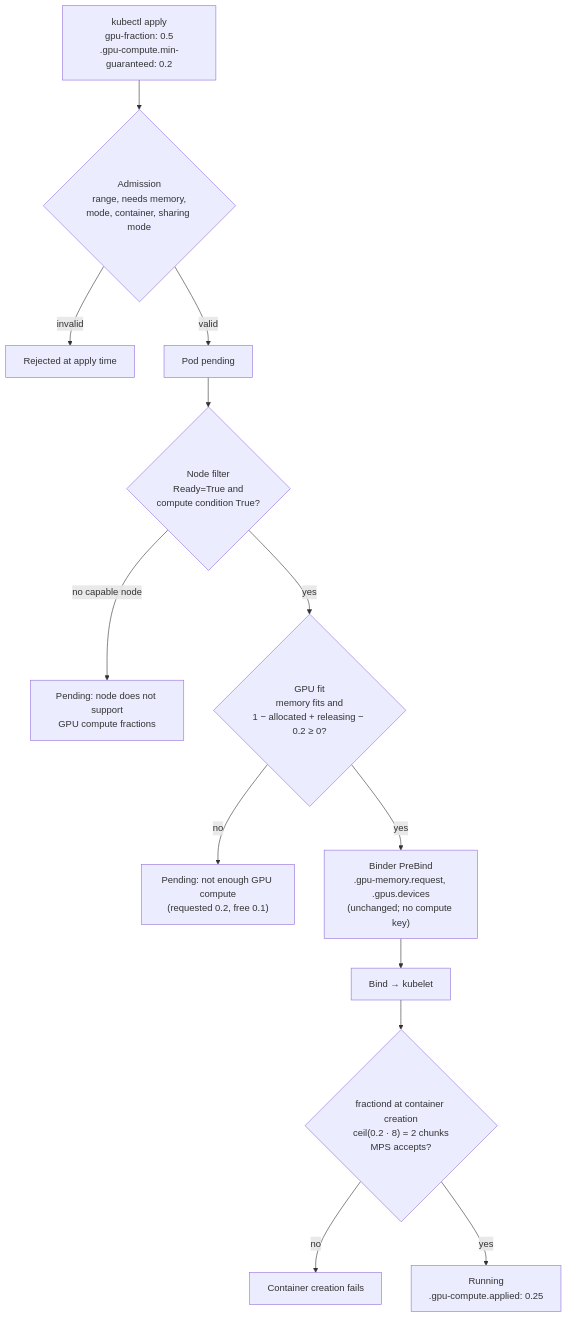
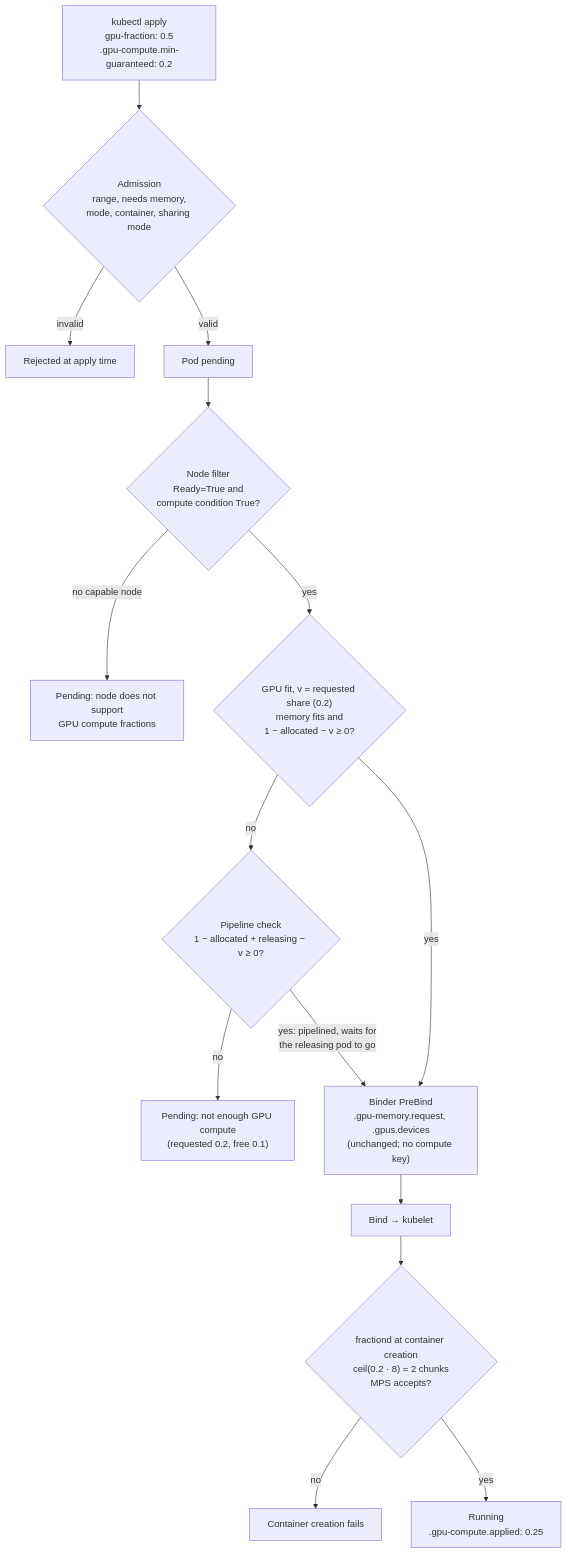
Before and after one commit to kai-scheduler/KAI-Scheduler: the second of 2 diagrams in docs/developer/designs/gpu-compute-fractions/README.md, drawn with Mermaid. The commit also changed other lines of this file, not shown here.

First line of the commit message:
docs(compute-fractions): address review comments from DavidLif

````diff
--- a/docs/developer/designs/gpu-compute-fractions/README.md
+++ b/docs/developer/designs/gpu-compute-fractions/README.md
@@ -313,15 +315,17 @@
 ```mermaid
 flowchart TD
   U["kubectl apply<br/>gpu-fraction: 0.5<br/>.gpu-compute.min-guaranteed: 0.2"] --> A{"Admission<br/>range, needs memory,<br/>mode, container, sharing mode"}
   A -- invalid --> X["Rejected at apply time"]
   A -- valid --> P["Pod pending"]
   P --> F{"Node filter<br/>Ready=True and<br/>compute condition True?"}
   F -- "no capable node" --> W1["Pending: node does not support<br/>GPU compute fractions"]
-  F -- yes --> L{"GPU fit<br/>memory fits and<br/>1 − allocated + releasing − 0.2 ≥ 0?"}
-  L -- no --> W2["Pending: not enough GPU compute<br/>(requested 0.2, free 0.1)"]
+  F -- yes --> L{"GPU fit, v = requested share (0.2)<br/>memory fits and<br/>1 − allocated − v ≥ 0?"}
+  L -- no --> PL{"Pipeline check<br/>1 − allocated + releasing − v ≥ 0?"}
+  PL -- no --> W2["Pending: not enough GPU compute<br/>(requested 0.2, free 0.1)"]
+  PL -- "yes: pipelined, waits for<br/>the releasing pod to go" --> B
   L -- yes --> B["Binder PreBind<br/>.gpu-memory.request, .gpus.devices<br/>(unchanged; no compute key)"]
   B --> K["Bind → kubelet"]
   K --> G{"fractiond at container creation<br/>ceil(0.2 · 8) = 2 chunks<br/>MPS accepts?"}
   G -- no --> E["Container creation fails"]
   G -- yes --> OK["Running<br/>.gpu-compute.applied: 0.25"]
 ```
````
